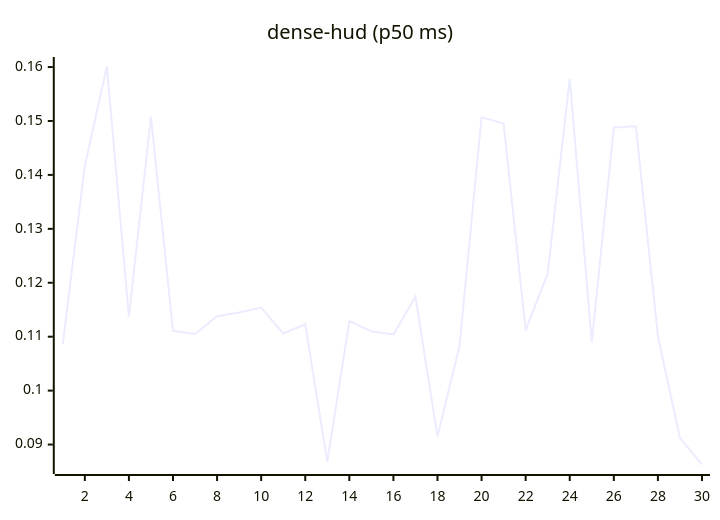
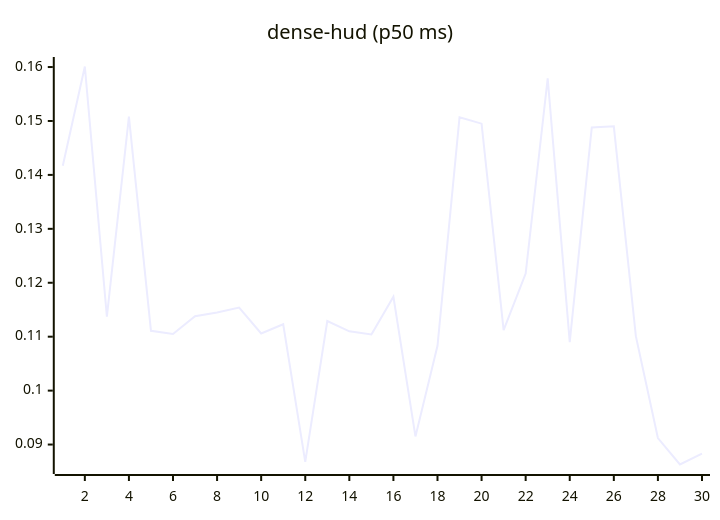
Before and after one commit to josha/Facet: the eighth of 27 diagrams in README.md, drawn with Mermaid. The commit also changed other lines of this file and 2 other files, not shown here.

````diff
--- a/README.md
+++ b/README.md
@@ -112,6 +112,6 @@
 ```mermaid
 xychart-beta
     title "dense-hud (p50 ms)"
     x-axis 1 --> 30
-    line [0.1086, 0.1417, 0.1601, 0.1137, 0.1508, 0.1111, 0.1105, 0.1138, 0.1145, 0.1154, 0.1106, 0.1123, 0.0868, 0.1129, 0.1110, 0.1104, 0.1174, 0.0915, 0.1083, 0.1507, 0.1495, 0.1112, 0.1217, 0.1579, 0.1090, 0.1488, 0.1490, 0.1101, 0.0912, 0.0863]
+    line [0.1417, 0.1601, 0.1137, 0.1508, 0.1111, 0.1105, 0.1138, 0.1145, 0.1154, 0.1106, 0.1123, 0.0868, 0.1129, 0.1110, 0.1104, 0.1174, 0.0915, 0.1083, 0.1507, 0.1495, 0.1112, 0.1217, 0.1579, 0.1090, 0.1488, 0.1490, 0.1101, 0.0912, 0.0863, 0.0883]
 ```
````
